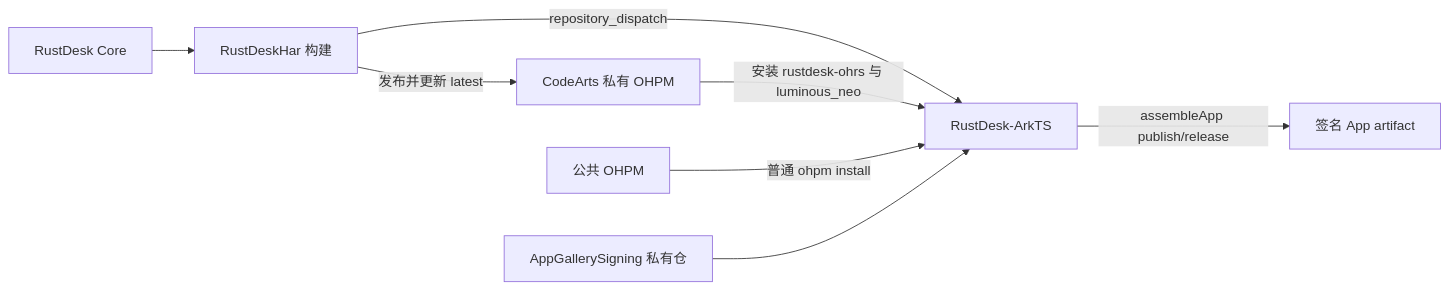
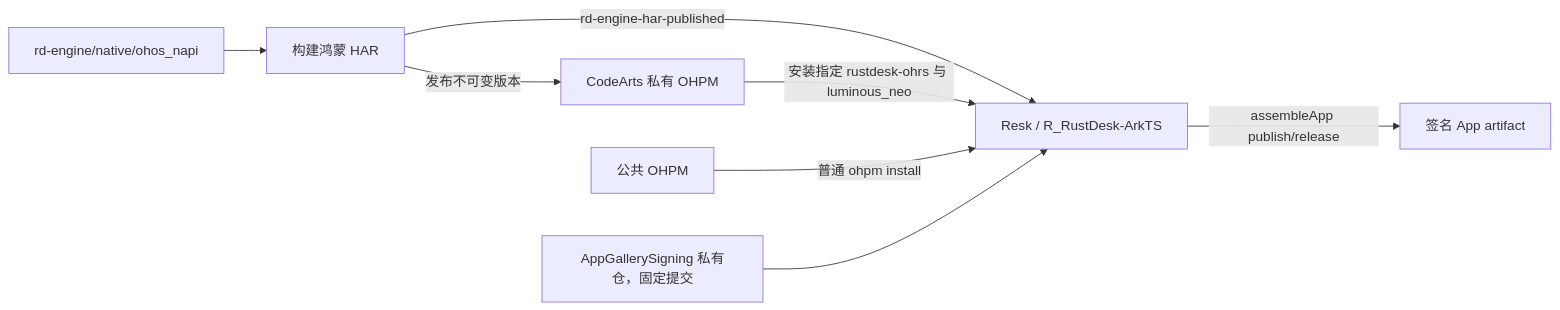
One commit to FrankHan052176/RustDesk-ArkTS changed the diagram in docs/GITHUB_ACTIONS_PIPELINE.md. Above: the diagram before and after it, drawn with Mermaid. The commit also changed other lines of this file and 90 other files, not shown here.

Commit message:
feat(ohos): connect current Resk sources to rd-engine owners and build-only provenance

````diff
--- a/docs/GITHUB_ACTIONS_PIPELINE.md
+++ b/docs/GITHUB_ACTIONS_PIPELINE.md
@@ -5,10 +7,10 @@
 ```mermaid
 flowchart LR
-  A["RustDesk Core"] --> B["RustDeskHar 构建"]
-  B -->|发布并更新 latest| C["CodeArts 私有 OHPM"]
-  B -->|repository_dispatch| D["RustDesk-ArkTS"]
-  C -->|安装 rustdesk-ohrs 与 luminous_neo| D
+  A["rd-engine/native/ohos_napi"] --> B["构建鸿蒙 HAR"]
+  B -->|发布不可变版本| C["CodeArts 私有 OHPM"]
+  B -->|rd-engine-har-published| D["Resk / R_RustDesk-ArkTS"]
+  C -->|安装指定 rustdesk-ohrs 与 luminous_neo| D
   E["公共 OHPM"] -->|普通 ohpm install| D
-  F["AppGallerySigning 私有仓"] --> D
+  F["AppGallerySigning 私有仓，固定提交"] --> D
   D -->|assembleApp publish/release| G["签名 App artifact"]
 ```
````
